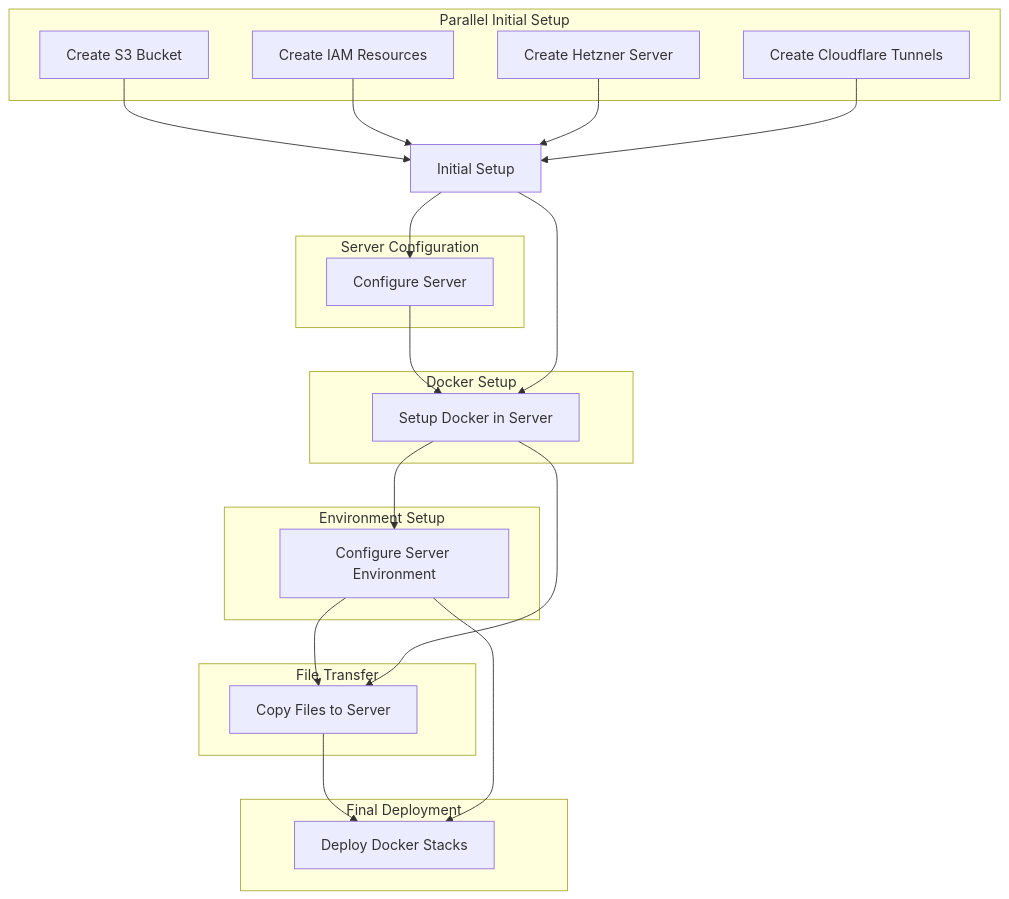
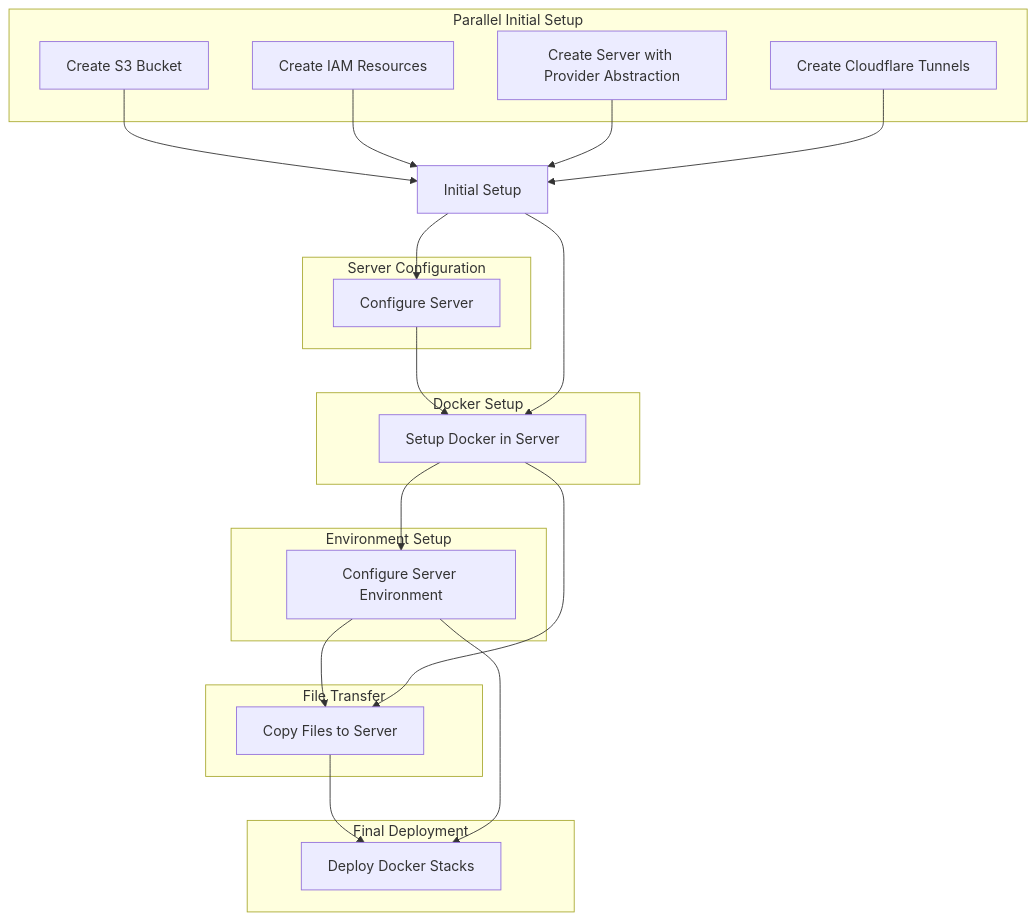
Before and after one commit to codigo/basic-infra-setup: the diagram in README.md, drawn with Mermaid. The commit also changed other lines of this file and 10 other files, not shown here.

````diff
--- a/README.md
+++ b/README.md
@@ -28,38 +65,38 @@
 ```mermaid
 
 graph TD
 A[Create S3 Bucket] --> D[Initial Setup]
 B[Create IAM Resources] --> D
-C[Create Hetzner Server] --> D
+C[Create Server with Provider Abstraction] --> D
 CF[Create Cloudflare Tunnels] --> D
 D --> E[Configure Server]
 E --> G[Setup Docker in Server]
 D --> G
 G --> H[Configure Server Environment]
 H --> I[Copy Files to Server]
 G --> I
 I --> J[Deploy Docker Stacks]
 H --> J
 subgraph "Parallel Initial Setup"
 A
 B
 C
 CF
 end
 subgraph "Server Configuration"
 E
 end
 subgraph "Docker Setup"
 G
 end
 subgraph "Environment Setup"
 H
 end
 subgraph "File Transfer"
 I
 end
 subgraph "Final Deployment"
 J
 end
 
 ```
````
